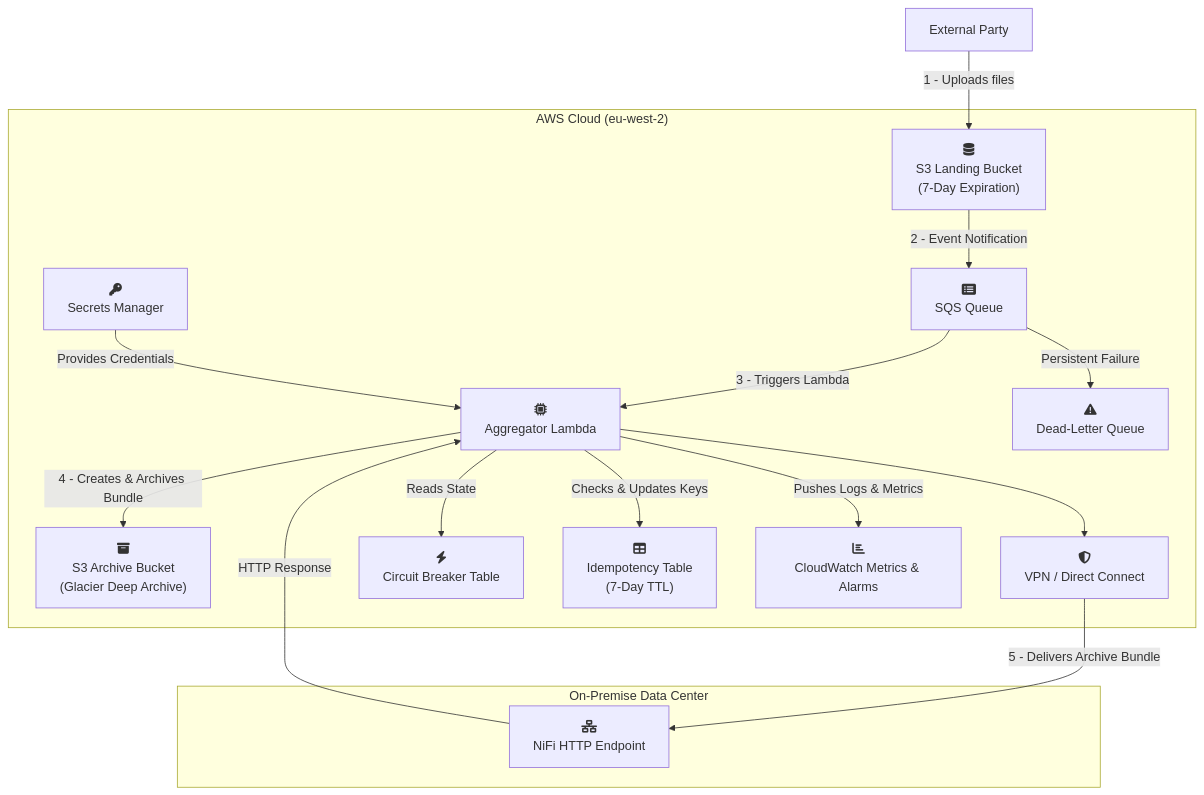
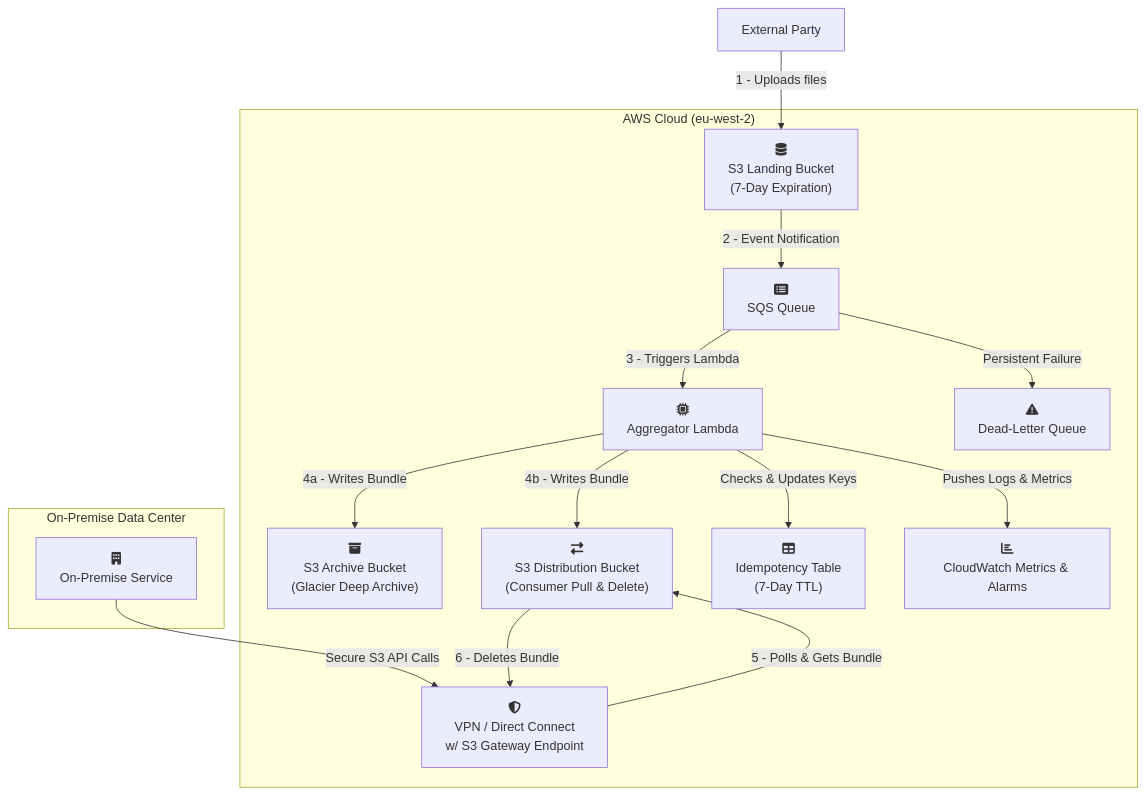
Before and after one commit to jathorp/data-agregator: the diagram in README.md, drawn with Mermaid. The commit also changed other lines of this file, not shown here.

Commit message:
Updated to a "pull" rather than "push" architector

````diff
--- a/README.md
+++ b/README.md
@@ -48,41 +53,39 @@
 ```mermaid
 flowchart TD
     %% ───────── External Entities ─────────
     ExternalParty["External Party"]
     subgraph "On-Premise Data Center"
-        NiFi["fa:fa-network-wired<br/>NiFi HTTP Endpoint"]
+        OnPremService["fa:fa-building<br/>On-Premise Service"]
     end
 
     %% ───────── AWS Cloud (eu-west-2) System Boundary ─────────
     subgraph "AWS Cloud (eu-west-2)"
         %% Main Data Flow Nodes
         S3_Landing["fa:fa-database<br/>S3 Landing Bucket<br/>(7-Day Expiration)"]
         S3_Archive["fa:fa-archive<br/>S3 Archive Bucket<br/>(Glacier Deep Archive)"]
+        S3_Distribution["fa:fa-exchange-alt<br/>S3 Distribution Bucket<br/>(Consumer Pull & Delete)"]
         SQS["fa:fa-list-alt<br/>SQS Queue"]
         Lambda["fa:fa-microchip<br/>Aggregator Lambda"]
-        SecureTunnel["fa:fa-shield-alt<br/>VPN / Direct Connect"]
+        SecureTunnel["fa:fa-shield-alt<br/>VPN / Direct Connect<br/>w/ S3 Gateway Endpoint"]
         DLQ["fa:fa-exclamation-triangle<br/>Dead-Letter Queue"]
         
         %% Supporting Service Nodes
-        DynamoCB["fa:fa-bolt<br/>Circuit Breaker Table"]
         DynamoDB["fa:fa-table<br/>Idempotency Table<br/>(7-Day TTL)"]
-        SecretsManager["fa:fa-key<br/>Secrets Manager"]
         CloudWatch["fa:fa-chart-bar<br/>CloudWatch Metrics & Alarms"]
 
         %% Internal System Connections
         S3_Landing      -->|"2 - Event Notification"| SQS
         SQS             -->|"3 - Triggers Lambda"| Lambda
-        Lambda          -->|"4 - Creates & Archives Bundle"| S3_Archive
-        Lambda -- "Reads State" --> DynamoCB
-        Lambda -- "Checks & Updates Keys" --> DynamoDB
-        SecretsManager -- "Provides Credentials" --> Lambda
-        Lambda -- "Pushes Logs & Metrics" --> CloudWatch
-        Lambda --> SecureTunnel
-        SQS -->|"Persistent Failure"| DLQ
+        Lambda          -->|"4a - Writes Bundle"| S3_Archive
+        Lambda          -->|"4b - Writes Bundle"| S3_Distribution
+        Lambda          -- "Checks & Updates Keys" --> DynamoDB
+        Lambda          -- "Pushes Logs & Metrics" --> CloudWatch
+        SQS             -->|"Persistent Failure"| DLQ
+        OnPremService   -->|Secure S3 API Calls| SecureTunnel
     end
 
     %% ───────── Boundary Crossing Connections ─────────
     ExternalParty   -->|"1 - Uploads files"| S3_Landing
-    SecureTunnel -->|"5 - Delivers Archive Bundle"| NiFi
-    NiFi -- "HTTP Response" --> Lambda
+    SecureTunnel    -->|"5 - Polls & Gets Bundle"| S3_Distribution
+    S3_Distribution -->|"6 - Deletes Bundle"| SecureTunnel
 ```
````
